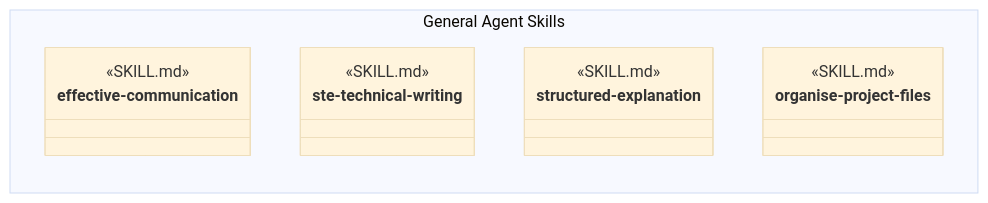
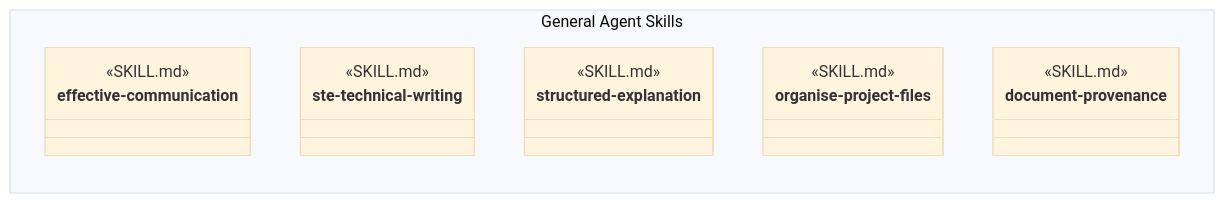
The first of 3 diagrams in design/agents/general-agent-skills.md (martinbechard/dev-methodology), drawn with Mermaid (base theme) before and after one commit. The commit also changed other lines of this file and 45 other files, not shown here.

Commit message:
Add document provenance governance

````diff
--- a/design/agents/general-agent-skills.md
+++ b/design/agents/general-agent-skills.md
@@ -19,19 +19,22 @@
 ```mermaid
 classDiagram
     direction LR
 
     namespace GeneralAgentSkills["General Agent Skills"] {
         class effective-communication {
             <<SKILL.md>>
         }
         class ste-technical-writing {
             <<SKILL.md>>
         }
         class structured-explanation {
             <<SKILL.md>>
         }
         class organise-project-files {
             <<SKILL.md>>
         }
+        class document-provenance {
+            <<SKILL.md>>
+        }
     }
 ```
````
